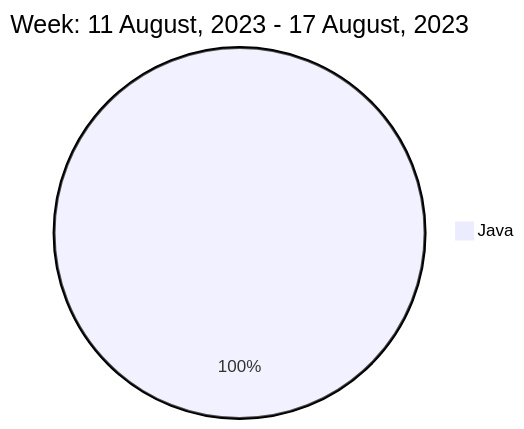
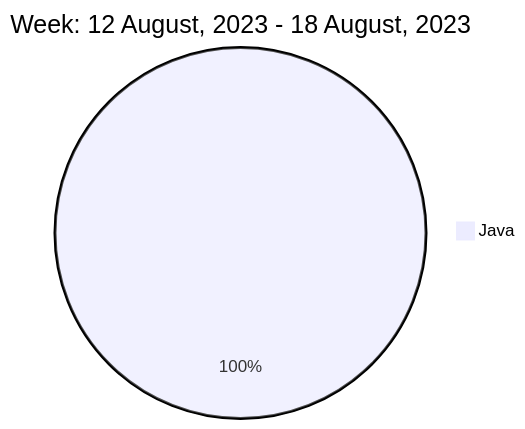
The diagram in README.md (liubin95/liubin95), drawn with Mermaid before and after one commit.

Commit message:
Updated the Graph with new Metrics

````diff
--- a/README.md
+++ b/README.md
@@ -40,5 +40,5 @@
 ```mermaid
  pie
-title Week: 11 August, 2023 - 17 August, 2023
+title Week: 12 August, 2023 - 18 August, 2023
  "Java" : 1.6
 ```
````
